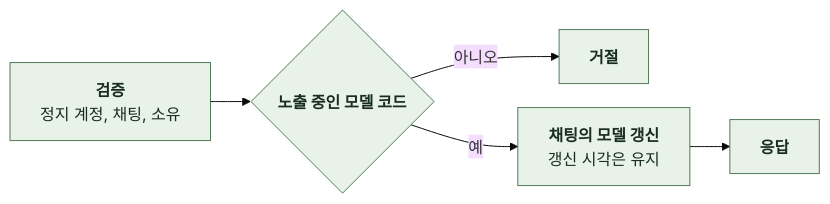
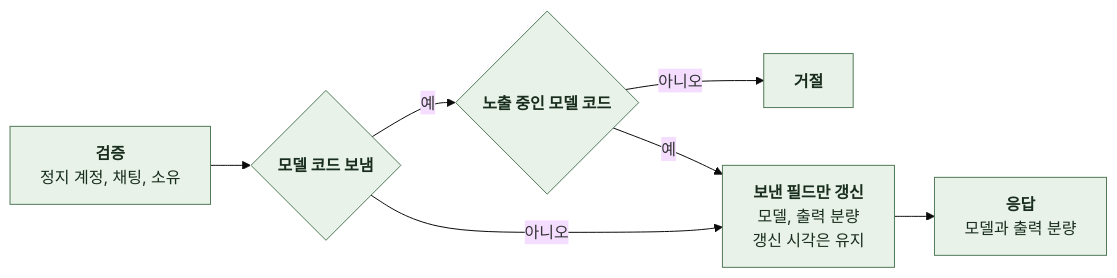
One commit to KIM-N-KANG/knk-harness changed diagram 15 of 15 in docs/domain/CHAT/BACKEND/4-1-PIPELINES.md. Above: the diagram before and after it, drawn with Mermaid (base theme). The commit also changed other lines of this file and 13 other files, not shown here.

````diff
--- a/docs/domain/CHAT/BACKEND/4-1-PIPELINES.md
+++ b/docs/domain/CHAT/BACKEND/4-1-PIPELINES.md
@@ -654,12 +659,16 @@
 ```mermaid
 %%{init: {"flowchart": {"curve": "basis", "nodeSpacing": 24, "rankSpacing": 40}}}%%
 flowchart LR
     A["`**검증**
-정지 계정, 채팅, 소유`"] --> B{"`**노출 중인 모델 코드**`"}
+정지 계정, 채팅, 소유`"] --> M{"`**모델 코드 보냄**`"}
+    M -->|예| B{"`**노출 중인 모델 코드**`"}
     B -->|아니오| X["`**거절**`"]
-    B -->|예| C["`**채팅의 모델 갱신**
+    B -->|예| C["`**보낸 필드만 갱신**
+모델, 출력 분량
 갱신 시각은 유지`"]
-    C --> D["`**응답**`"]
+    M -->|아니오| C
+    C --> D["`**응답**
+모델과 출력 분량`"]
     classDef comp fill:#E8F2E8,stroke:#527A59,color:#182D1D
-    class A,B,X,C,D comp
+    class A,M,B,X,C,D comp
 ```
````
